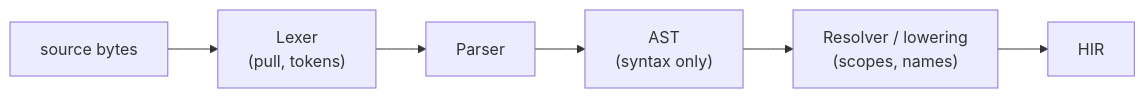
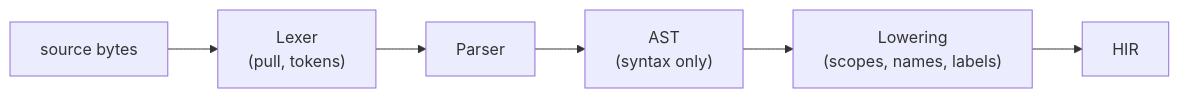
One commit to orbitscript-lang/OrbitScript changed the diagram in docs/design/lua-front-end.md. Above: the diagram before and after it, drawn with Mermaid. The commit also changed other lines of this file and 61 other files, not shown here.

````diff
--- a/docs/design/lua-front-end.md
+++ b/docs/design/lua-front-end.md
@@ -9,8 +9,8 @@
 ```mermaid
 flowchart LR
     src["source bytes"] --> lexer["Lexer<br/>(pull, tokens)"]
     lexer --> parser["Parser"]
     parser --> ast["AST<br/>(syntax only)"]
-    ast --> lower["Resolver / lowering<br/>(scopes, names)"]
+    ast --> lower["Lowering<br/>(scopes, names, labels)"]
     lower --> hir["HIR"]
 ```
````
